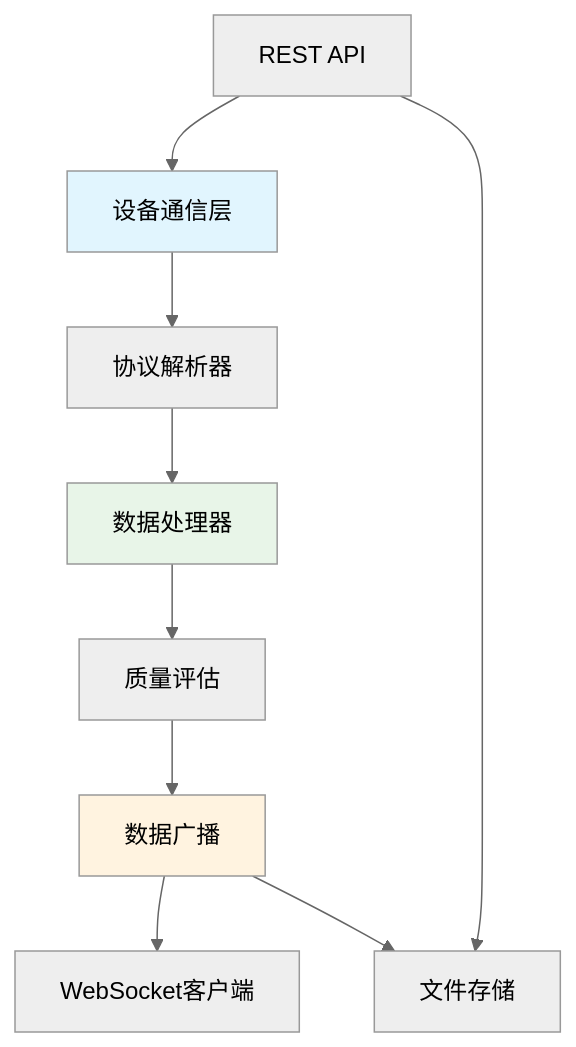
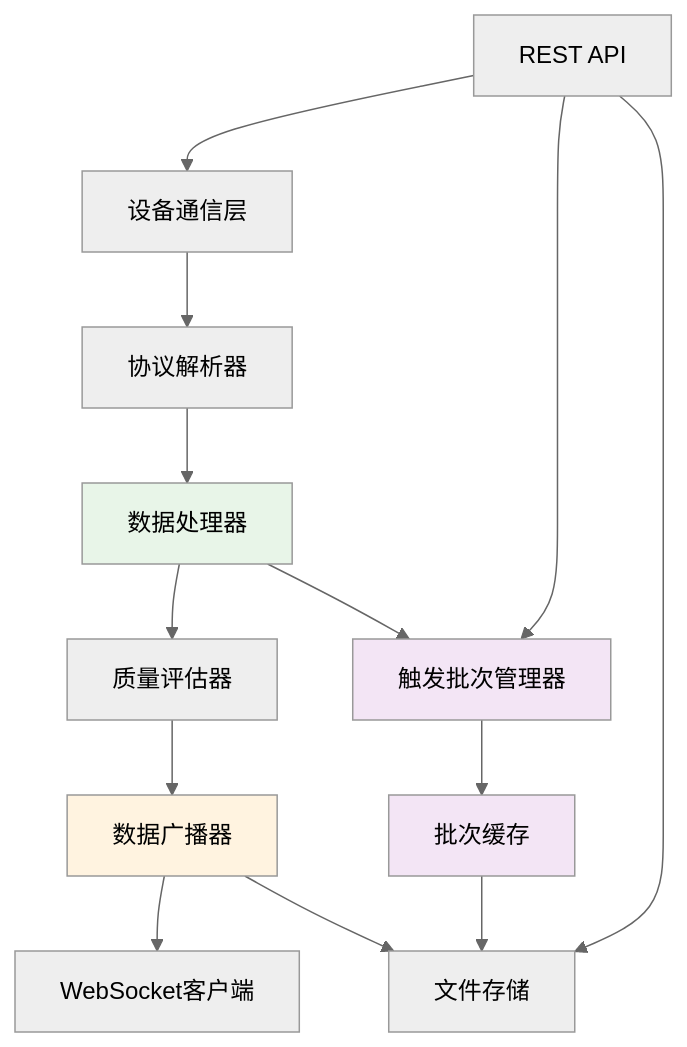
The fourth of 5 diagrams in doc/protocol_doc.md (distri-data-recorder/data-recorder-backend), drawn with Mermaid (neutral theme) before and after one commit. The commit also changed other lines of this file and 7 other files, not shown here.

````diff
--- a/doc/protocol_doc.md
+++ b/doc/protocol_doc.md
@@ -299,16 +405,21 @@
 ```mermaid
 graph TB
     A[设备通信层] --> B[协议解析器]
     B --> C[数据处理器]
-    C --> D[质量评估]
-    D --> E[数据广播]
-    E --> F[WebSocket客户端]
-    E --> G[文件存储]
+    C --> D[质量评估器]
+    C --> E[触发批次管理器] 
+    E --> F[批次缓存]
+    D --> G[数据广播器]
+    G --> H[WebSocket客户端]
+    G --> I[文件存储]
+    F --> I
     
-    H[REST API] --> A
-    H --> G
+    J[REST API] --> A
+    J --> E
+    J --> I
     
-    style A fill:#e1f5fe
+    style E fill:#f3e5f5
+    style F fill:#f3e5f5
     style C fill:#e8f5e8
-    style E fill:#fff3e0
+    style G fill:#fff3e0
 ```
````
